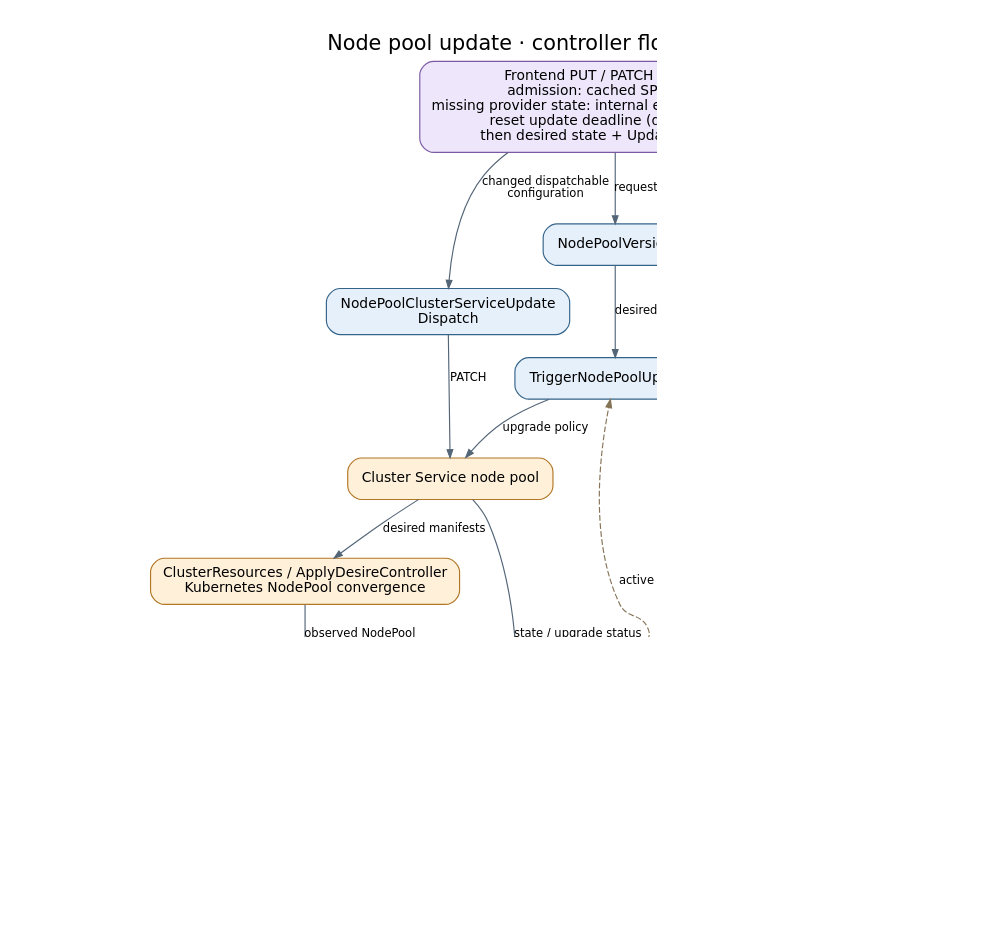
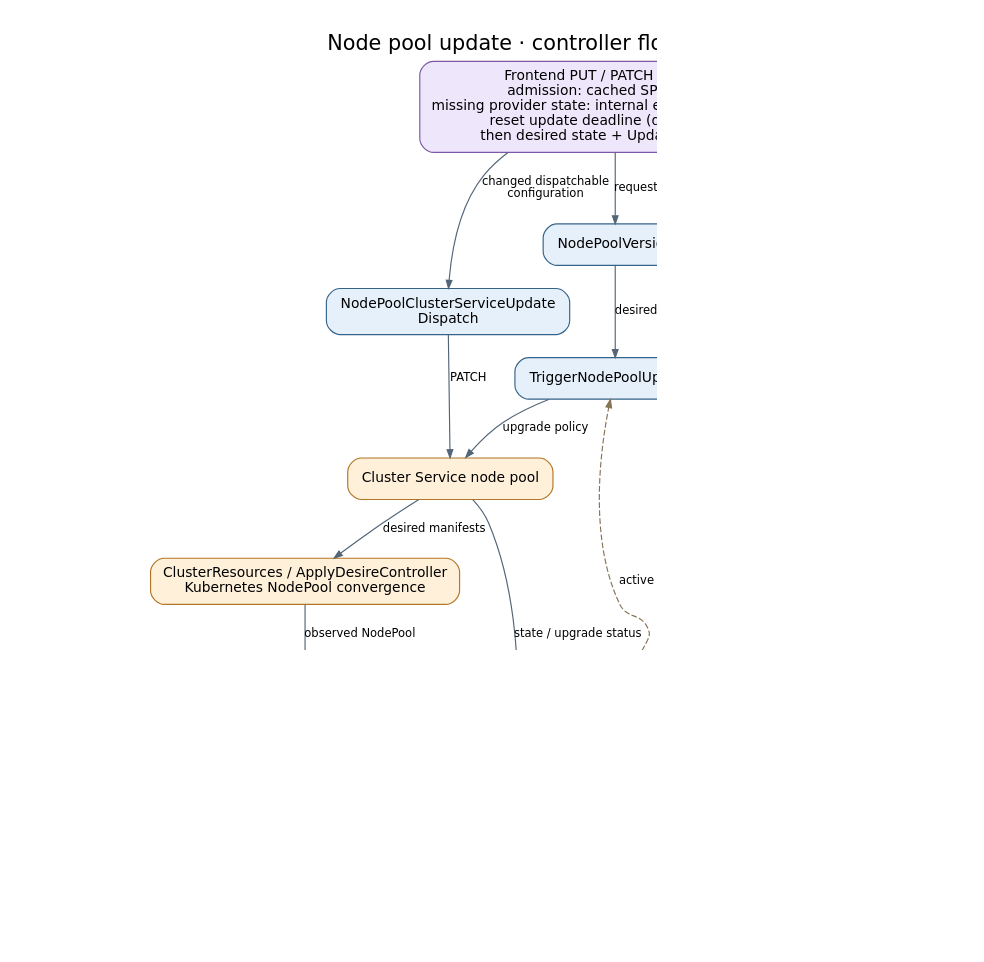
One commit to Azure/ARO-HCP changed the diagram in docs/diagrams/controller-flows/nodepool-update.dot. Above: the diagram before and after it, drawn with Graphviz. The commit also changed 58 other files, not shown here.

```diff
--- a/docs/diagrams/controller-flows/nodepool-update.dot
+++ b/docs/diagrams/controller-flows/nodepool-update.dot
@@ -1,31 +1,31 @@
 digraph nodepool_update {
   graph [rankdir=TB, bgcolor="white", pad="0.3", nodesep="0.4", ranksep="0.55", fontname="DejaVu Sans", fontsize=18, labelloc=t, label="Node pool update · controller flow", dpi=110];
   node [shape=box, style="rounded,filled", fillcolor="#e6f0fa", color="#35648a", fontname="DejaVu Sans", fontsize=12, margin="0.16,0.10"];
   edge [color="#536577", fontname="DejaVu Sans", fontsize=10, arrowsize=0.7];
-  api [label="Frontend PUT / PATCH node pool\nadmission: cached SPC + SPNP\nmissing provider state: internal error, no live fallback\nreset update deadline (default 60m)\nthen desired state + Update Operation", fillcolor="#eee7fb", color="#7b59a4"];
+  api [label="Frontend PUT / PATCH node pool\nadmission: cached SPC + SPNP\nmissing provider state: internal error, no live fallback\nreset update deadline (default 90m)\nthen desired state + Update Operation", fillcolor="#eee7fb", color="#7b59a4"];
   dispatch [label="NodePoolClusterServiceUpdate\nDispatch", fillcolor="#e6f0fa", color="#35648a"];
   version [label="NodePoolVersion", fillcolor="#e6f0fa", color="#35648a"];
   upgrade [label="TriggerNodePoolUpgrade", fillcolor="#e6f0fa", color="#35648a"];
   cs [label="Cluster Service node pool", fillcolor="#fff0da", color="#b27624"];
   kube [label="ClusterResources / ApplyDesireController\nKubernetes NodePool convergence", fillcolor="#fff0da", color="#b27624"];
   mirror [label="ReadDesireKubernetesController", fillcolor="#e6f0fa", color="#35648a"];
   active [label="NodePoolActiveVersions", fillcolor="#e6f0fa", color="#35648a"];
-  op [label="OperationNodePoolUpdate", fillcolor="#e6f0fa", color="#35648a"];
+  op [label="OperationNodePoolUpdate\nmatching owner: expiry before gates / observations\nBelow: normal checks only when not expired", fillcolor="#e6f0fa", color="#35648a"];
   done [label="ARM operation terminal state", fillcolor="#e4f2e5", color="#4c8053"];
   api -> dispatch [label="changed dispatchable\nconfiguration"];
   api -> version [label="requested version"];
   version -> upgrade [label="desired version"];
   dispatch -> cs [label="PATCH"];
   upgrade -> cs [label="upgrade policy"];
   cs -> kube [label="desired manifests"];
   kube -> mirror [label="observed NodePool"];
   mirror -> active [label="observed version"];
   api -> op [label="UpdateOperationCompletionDeadline"];
   cs -> op [label="state / upgrade status"];
   mirror -> op [label="replicas + health conditions\n(health skipped at fixed zero)"];
-  op -> done [label="completion / failure checks;\npending past deadline: selected code + reasons;\nonly InternalServerError becomes DeadlineExceeded"];
+  op -> done [label="expired: Failed / DeadlineExceeded\n(cached status diagnostics, no spec / CS read);\notherwise normal completion / failure checks"];
   observed [label="Customer resource Status.ActiveVersions\nfull OCP versions", fillcolor="#e4f2e5", color="#4c8053"];
   active -> observed [label="separate Cosmos replace"];
   active -> upgrade [label="active versus desired", style=dashed, color="#857456", constraint=false];
   op -> op [label="pending: poll again", style=dashed, color="#857456", constraint=false];
 }
```
